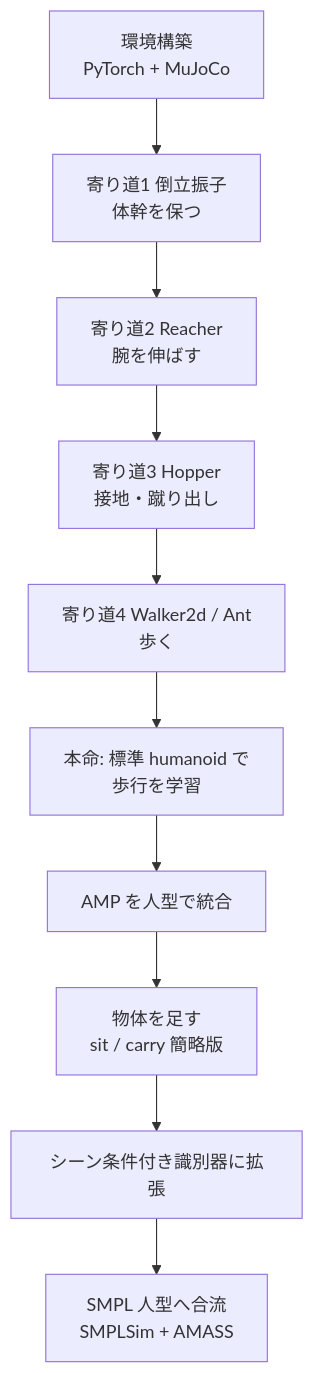
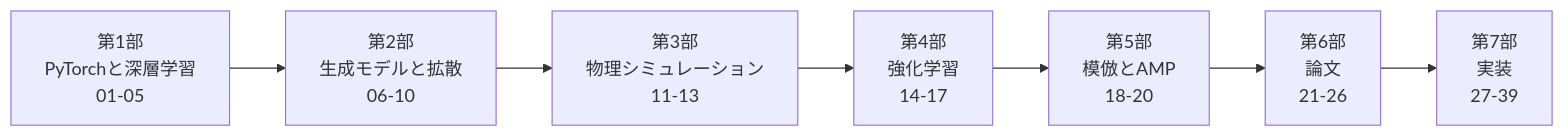
The second of 3 diagrams in docs/00_はじめに.md (nam4k0/physical-character-book), drawn with Mermaid before and after one commit. The commit also changed other lines of this file and 85 other files, not shown here.

````diff
--- a/docs/00_はじめに.md
+++ b/docs/00_はじめに.md
@@ -97,12 +43,9 @@
 ```mermaid
-flowchart TD
-    S0["環境構築<br/>PyTorch + MuJoCo"] --> D1["寄り道1 倒立振子<br/>体幹を保つ"]
-    D1 --> D2["寄り道2 Reacher<br/>腕を伸ばす"]
-    D2 --> D3["寄り道3 Hopper<br/>接地・蹴り出し"]
-    D3 --> D4["寄り道4 Walker2d / Ant<br/>歩く"]
-    D4 --> H1["本命: 標準 humanoid で<br/>歩行を学習"]
-    H1 --> H2["AMP を人型で統合"]
-    H2 --> H3["物体を足す<br/>sit / carry 簡略版"]
-    H3 --> H4["シーン条件付き識別器に拡張"]
-    H4 --> SM["SMPL 人型へ合流<br/>SMPLSim + AMASS"]
+flowchart LR
+    S1["第1部<br/>PyTorchと深層学習<br/>01-05"] --> S2["第2部<br/>生成モデルと拡散<br/>06-10"]
+    S2 --> S3["第3部<br/>物理シミュレーション<br/>11-13"]
+    S3 --> S4["第4部<br/>強化学習<br/>14-17"]
+    S4 --> S5["第5部<br/>模倣とAMP<br/>18-20"]
+    S5 --> S6["第6部<br/>論文<br/>21-26"]
+    S6 --> S7["第7部<br/>実装<br/>27-39"]
 ```
````
